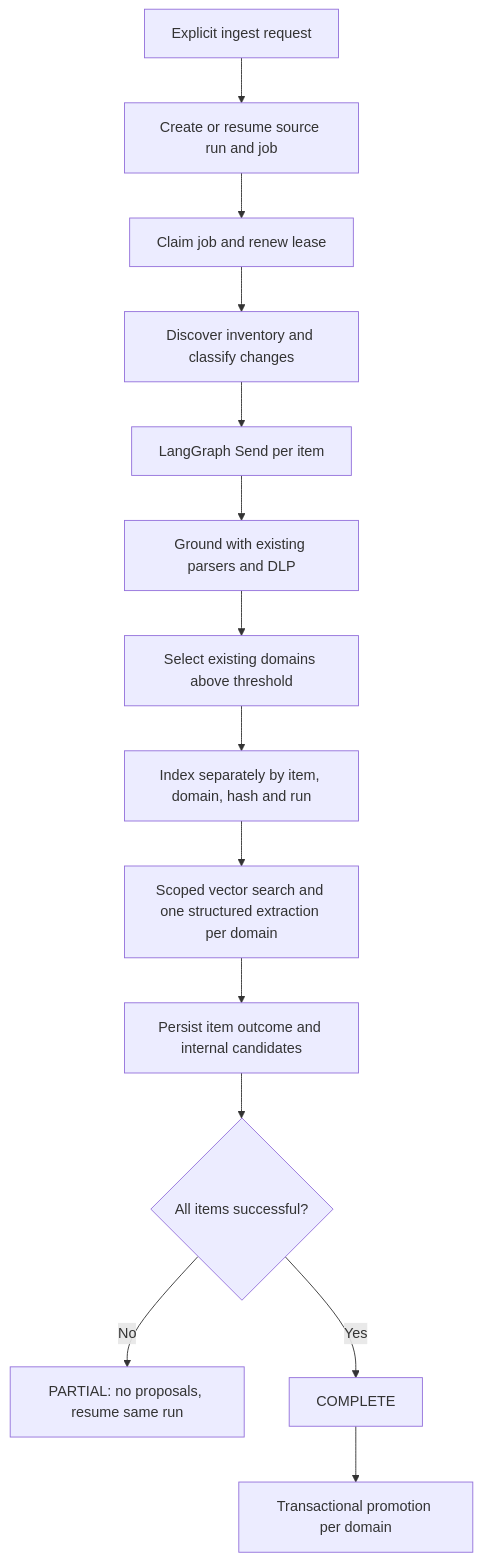
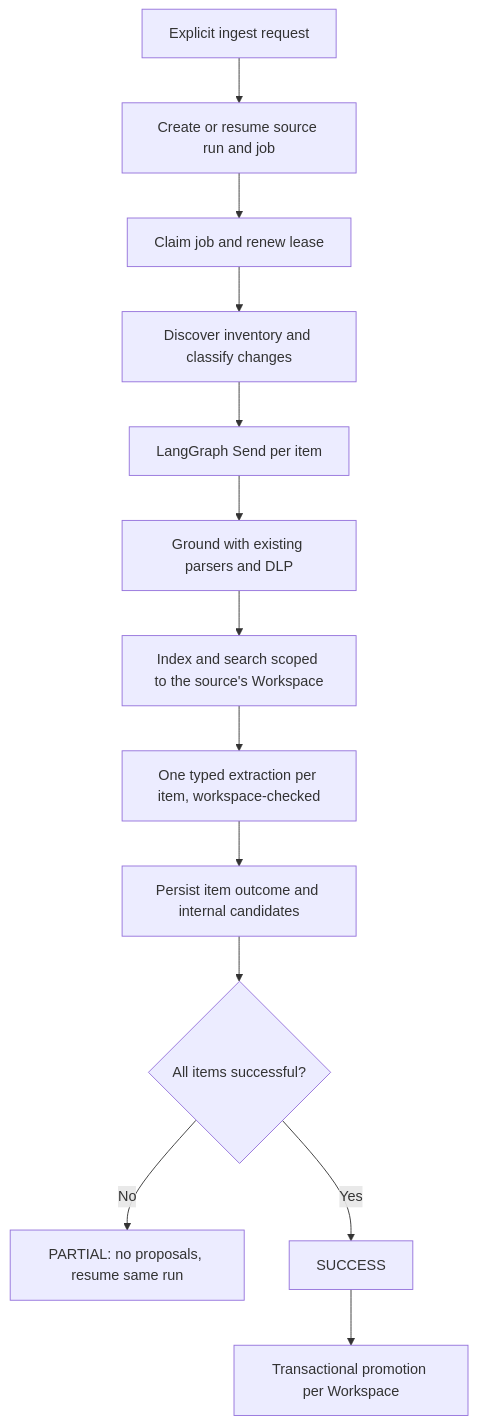
Before and after one commit to AshwinnN/CCE_INTERN: the diagram in docs/architecture/ingestion-flow.md, drawn with Mermaid. The commit also changed other lines of this file and 145 other files, not shown here.

````diff
--- a/docs/architecture/ingestion-flow.md
+++ b/docs/architecture/ingestion-flow.md
@@ -5,16 +5,15 @@
 ```mermaid
 flowchart TD
   A[Explicit ingest request] --> B[Create or resume source run and job]
   B --> C[Claim job and renew lease]
   C --> D[Discover inventory and classify changes]
   D --> E[LangGraph Send per item]
   E --> F[Ground with existing parsers and DLP]
-  F --> G[Select existing domains above threshold]
-  G --> H[Index separately by item, domain, hash and run]
-  H --> I[Scoped vector search and one structured extraction per domain]
-  I --> J[Persist item outcome and internal candidates]
-  J --> K{All items successful?}
-  K -->|No| L[PARTIAL: no proposals, resume same run]
-  K -->|Yes| M[COMPLETE]
-  M --> N[Transactional promotion per domain]
+  F --> G[Index and search scoped to the source's Workspace]
+  G --> H[One typed extraction per item, workspace-checked]
+  H --> I[Persist item outcome and internal candidates]
+  I --> J{All items successful?}
+  J -->|No| K[PARTIAL: no proposals, resume same run]
+  J -->|Yes| L[SUCCESS]
+  L --> M[Transactional promotion per Workspace]
 ```
````
